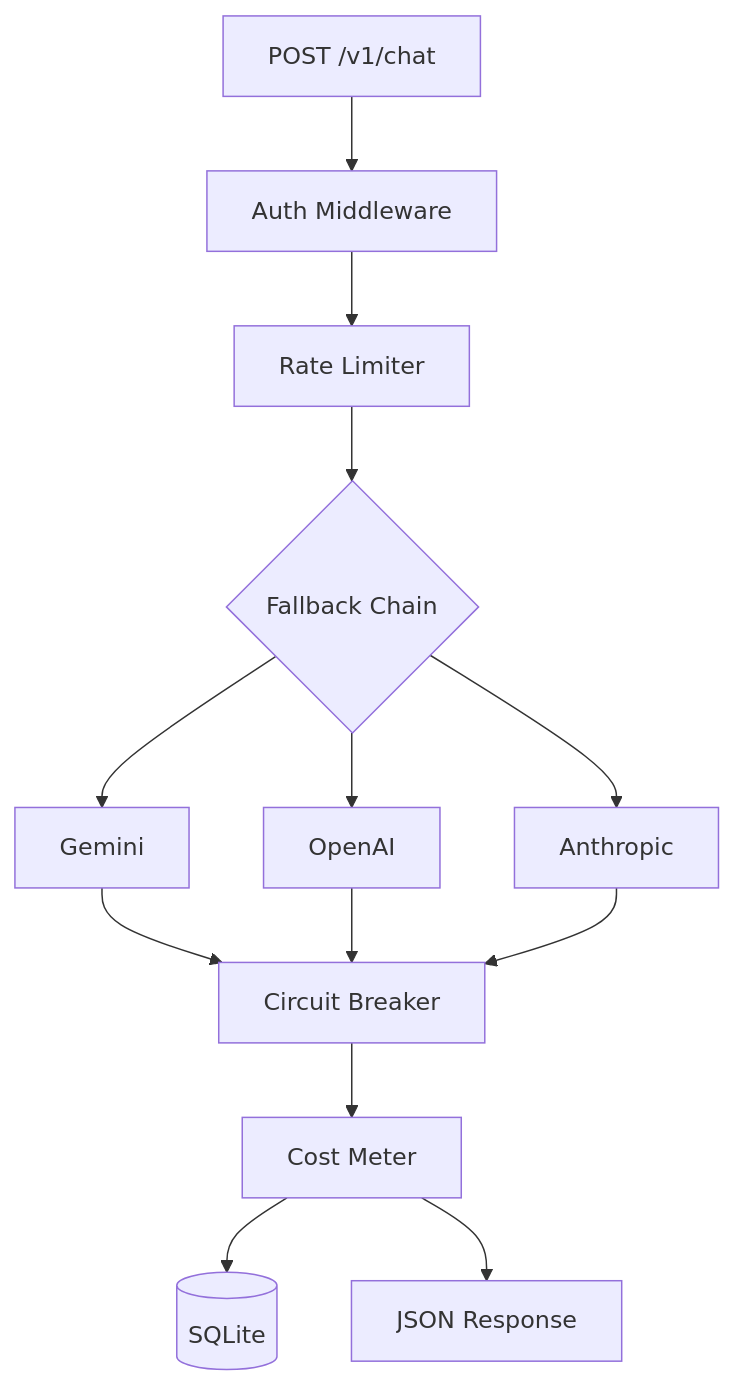
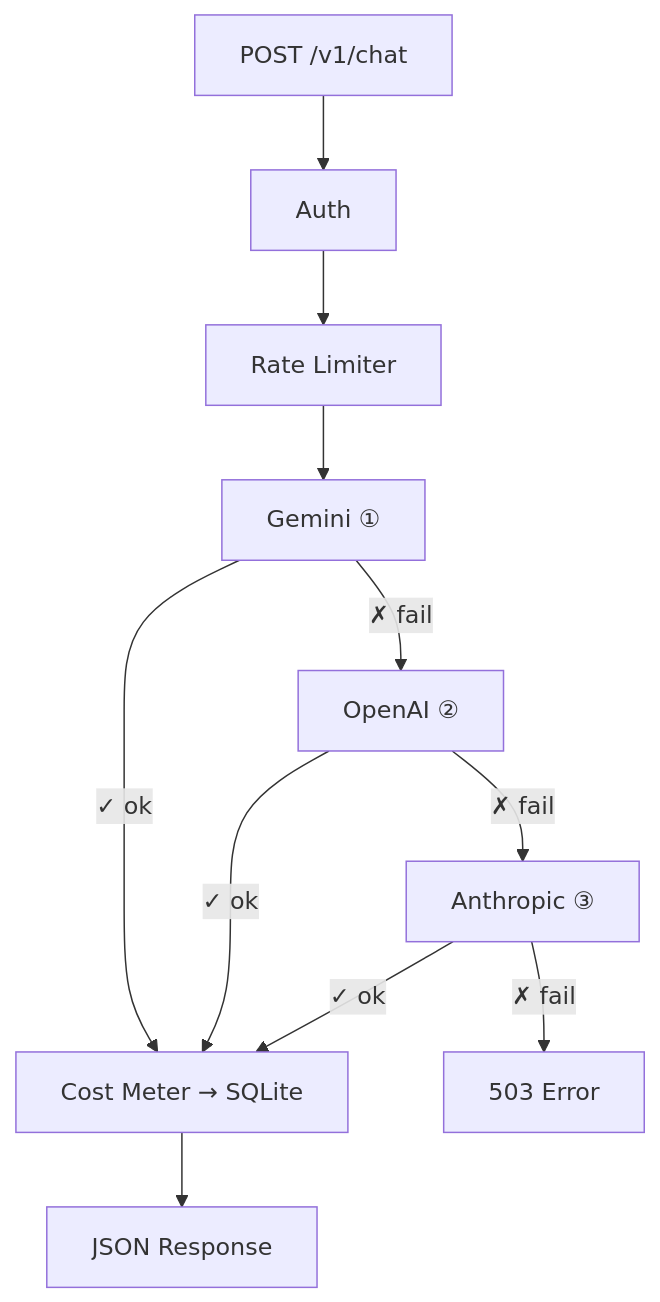
One commit to vola-trebla/llm-gateway changed the diagram in README.md. Above: the diagram before and after it, drawn with Mermaid.

Commit message:
Fix Mermaid diagram: show sequential fallback chain

````diff
--- a/README.md
+++ b/README.md
@@ -21,13 +21,13 @@
 ```mermaid
 flowchart TD
-    A[POST /v1/chat] --> B[Auth Middleware]
-    B --> C[Rate Limiter]
-    C --> D{Fallback Chain}
-    D --> E[Gemini]
-    D --> F[OpenAI]
-    D --> G[Anthropic]
-    E & F & G --> H[Circuit Breaker]
-    H --> I[Cost Meter]
-    I --> J[(SQLite)]
-    I --> K[JSON Response]
+    A["POST /v1/chat"] --> B["Auth"]
+    B --> C["Rate Limiter"]
+    C --> D["Gemini ①"]
+    D -- "✓ ok" --> R["Cost Meter → SQLite"]
+    D -- "✗ fail" --> E["OpenAI ②"]
+    E -- "✓ ok" --> R
+    E -- "✗ fail" --> F["Anthropic ③"]
+    F -- "✓ ok" --> R
+    F -- "✗ fail" --> X["503 Error"]
+    R --> K["JSON Response"]
 ```
````
